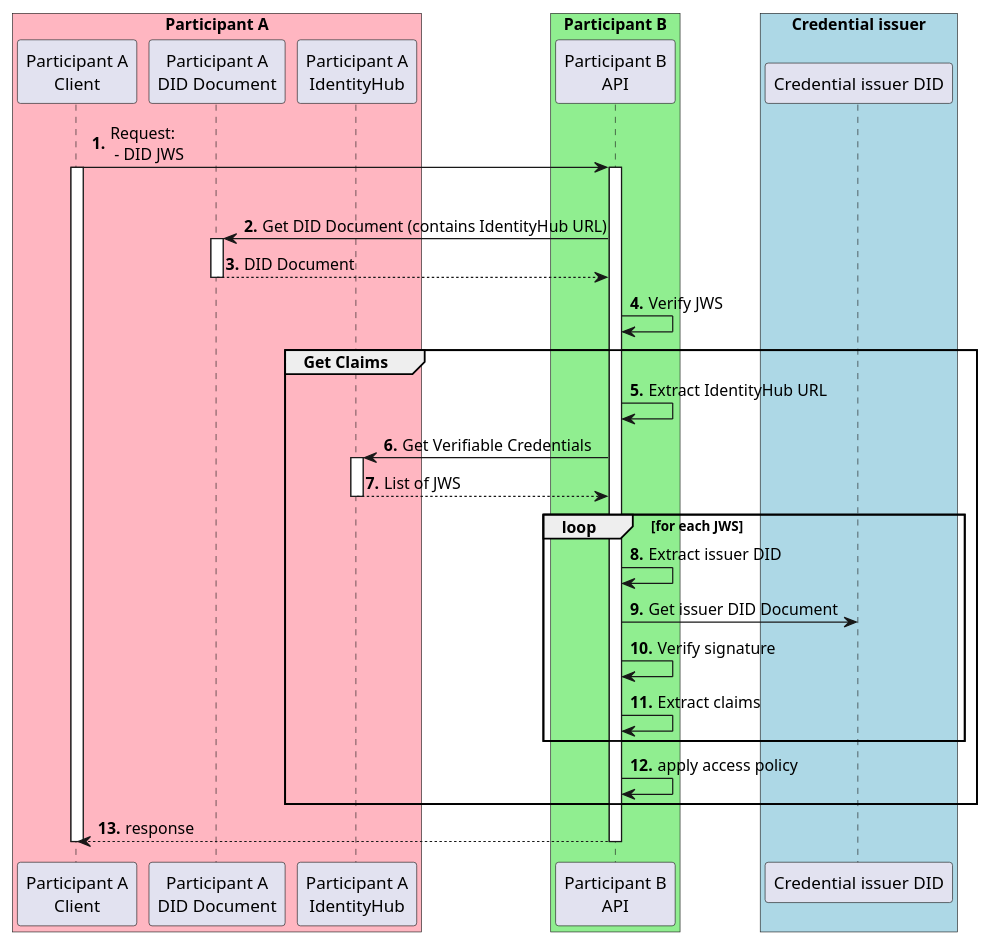
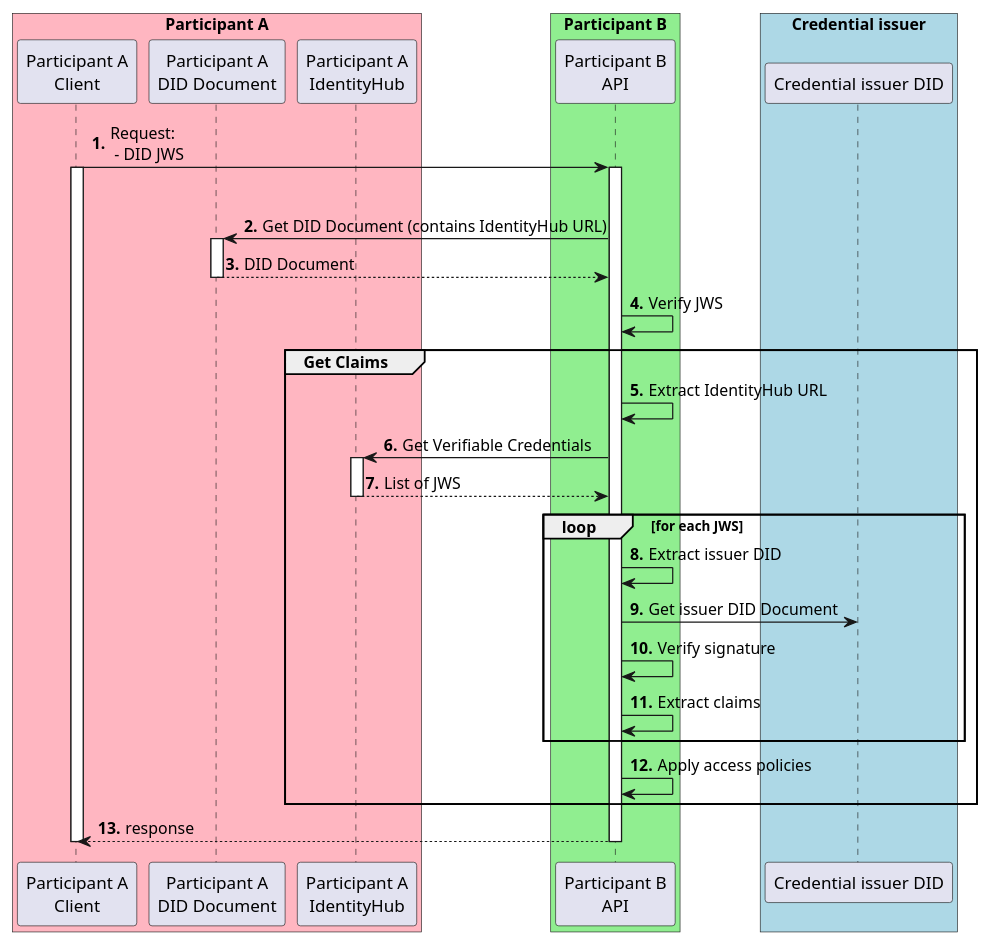
The diagram in docs/developer/decision-records/2022-07-01-get-claims/apply-policies-flow.puml (agera-edc/IdentityHub), drawn with PlantUML before and after one commit. The commit also changed 1 other file, not shown here.

```diff
--- a/docs/developer/decision-records/2022-07-01-get-claims/apply-policies-flow.puml
+++ b/docs/developer/decision-records/2022-07-01-get-claims/apply-policies-flow.puml
@@ -1,35 +1,35 @@
 @startuml
 autonumber "<b>0'.'"
 box "Participant A" #LightPink
 Participant "Participant A\nClient" as ParticipantA
 Participant "Participant A\nDID Document" as DID
 Participant "Participant A\nIdentityHub" as IDHUB
 end box
 box "Participant B" #LightGreen
 Participant "Participant B\nAPI" as B
 end box
 box "Credential issuer" #LightBlue
 Participant "Credential issuer DID" as ISSUER
 end box
 ParticipantA -> B ++: Request:\n - DID JWS
 activate ParticipantA
 group authorize request
   B -> DID ++: Get DID Document (contains IdentityHub URL)
   return DID Document
   B -> B: Verify JWS
   group Get Claims
   B -> B: Extract IdentityHub URL
   B -> IDHUB ++: Get Verifiable Credentials
   return List of JWS
   loop for each JWS
   B -> B: Extract issuer DID
   B -> ISSUER: Get issuer DID Document
   B -> B: Verify signature
   B -> B: Extract claims
   end
-  B -> B: apply access policy
+  B -> B: Apply access policies
 end
 return response
 deactivate ParticipantA
 
 @enduml
```
